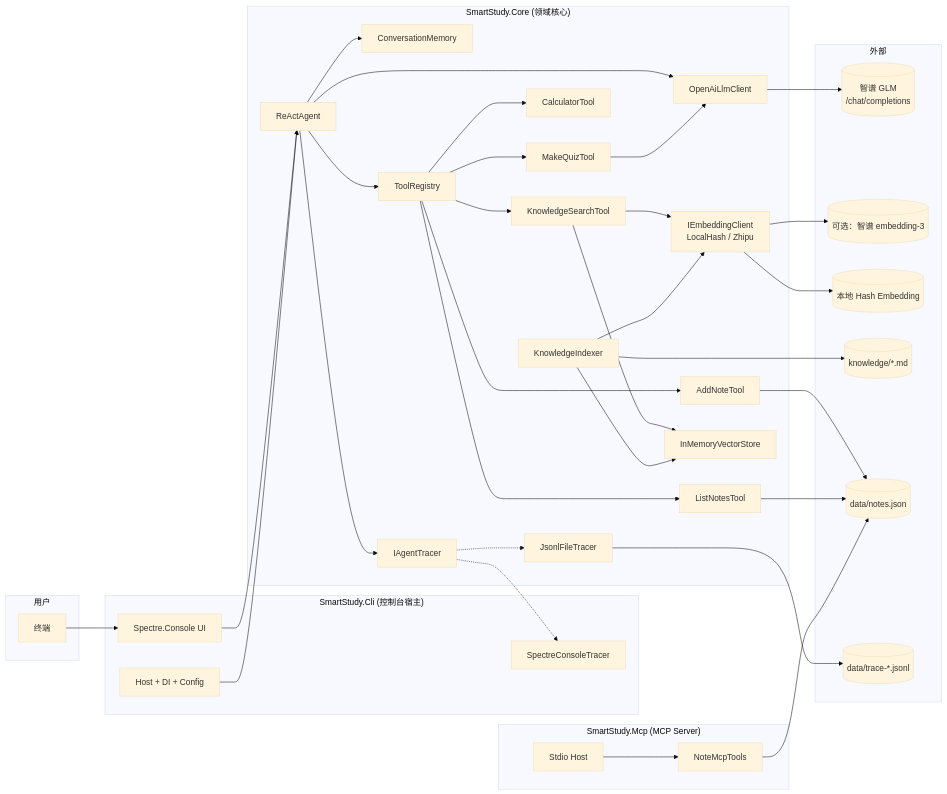
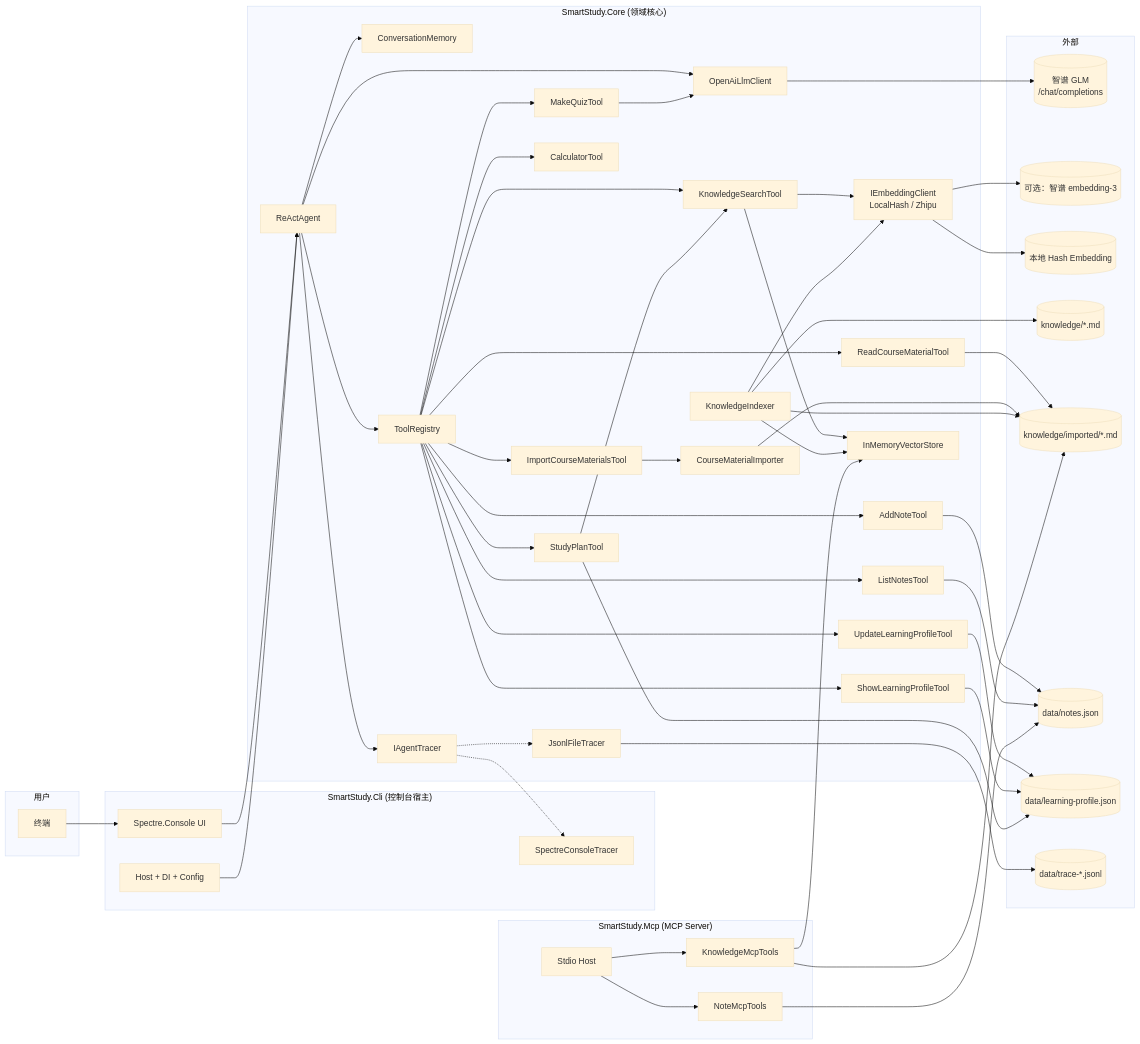
The first of 2 diagrams in docs/architecture.md (magicianaa/dotnet_final_work), drawn with Mermaid (base theme) before and after one commit. The commit also changed other lines of this file and 15 other files, not shown here.

Commit message:
Add learning profile and diagnostic tooling

````diff
--- a/docs/architecture.md
+++ b/docs/architecture.md
@@ -9,59 +9,75 @@
 ```mermaid
 flowchart LR
     subgraph User["用户"]
         U[终端]
     end
     subgraph CLI["SmartStudy.Cli (控制台宿主)"]
         UI[Spectre.Console UI]
         DI[Host + DI + Config]
         Tracer1[SpectreConsoleTracer]
     end
     subgraph Core["SmartStudy.Core (领域核心)"]
         Agent[ReActAgent]
         Mem[ConversationMemory]
         Reg[ToolRegistry]
         T1[KnowledgeSearchTool]
-        T2[AddNoteTool]
-        T3[ListNotesTool]
-        T4[CalculatorTool]
-        T5[MakeQuizTool]
+        T2[ReadCourseMaterialTool]
+        T3[ImportCourseMaterialsTool]
+        T4[AddNoteTool]
+        T5[ListNotesTool]
+        T6[UpdateLearningProfileTool]
+        T7[ShowLearningProfileTool]
+        T8[StudyPlanTool]
+        T9[CalculatorTool]
+        T10[MakeQuizTool]
         LLM[OpenAiLlmClient]
         Emb[IEmbeddingClient\nLocalHash / Zhipu]
         VS[InMemoryVectorStore]
         Idx[KnowledgeIndexer]
+        Importer[CourseMaterialImporter]
         TraceI[IAgentTracer]
         FileT[JsonlFileTracer]
     end
     subgraph MCP["SmartStudy.Mcp (MCP Server)"]
         McpHost[Stdio Host]
         NoteMcp[NoteMcpTools]
+        KnowledgeMcp[KnowledgeMcpTools]
     end
     subgraph External["外部"]
         ZhipuLLM[(智谱 GLM \n /chat/completions)]
         ZhipuEmb[(可选：智谱 embedding-3)]
         LocalEmb[(本地 Hash Embedding)]
         KB[(knowledge/*.md)]
+        Imported[(knowledge/imported/*.md)]
         Notes[(data/notes.json)]
+        Profile[(data/learning-profile.json)]
         TraceFile[(data/trace-*.jsonl)]
     end
 
     U --> UI --> Agent
     DI --> Agent
     Agent --> Mem
     Agent --> Reg
-    Reg --> T1 & T2 & T3 & T4 & T5
+    Reg --> T1 & T2 & T3 & T4 & T5 & T6 & T7 & T8 & T9 & T10
     Agent --> LLM --> ZhipuLLM
     T1 --> Emb
     Emb --> ZhipuEmb
     Emb --> LocalEmb
     T1 --> VS
+    T2 --> Imported
+    T3 --> Importer --> Imported
     Idx --> Emb
     Idx --> KB
+    Idx --> Imported
     Idx --> VS
-    T2 & T3 --> Notes
-    T5 --> LLM
+    T4 & T5 --> Notes
+    T6 & T7 & T8 --> Profile
+    T8 --> T1
+    T10 --> LLM
     Agent --> TraceI
     TraceI -.-> Tracer1
     TraceI -.-> FileT --> TraceFile
     McpHost --> NoteMcp --> Notes
+    McpHost --> KnowledgeMcp --> VS
+    KnowledgeMcp --> Imported
 ```
````
